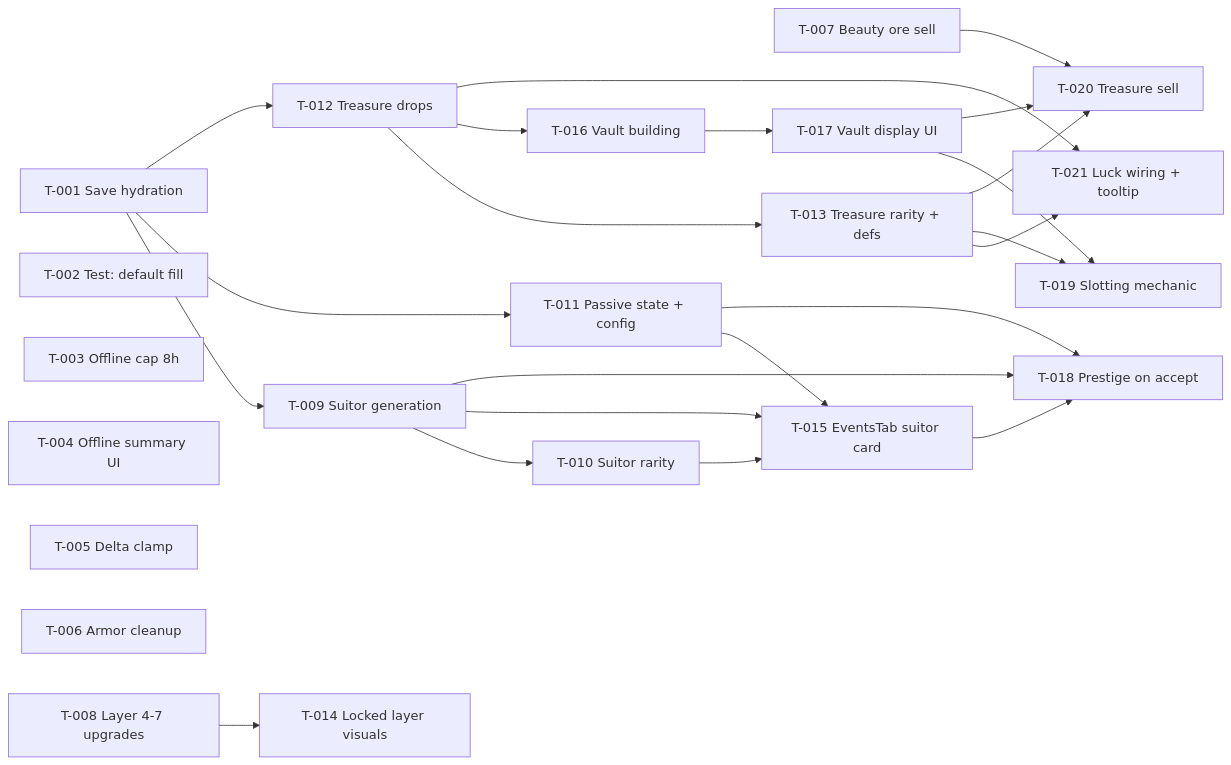
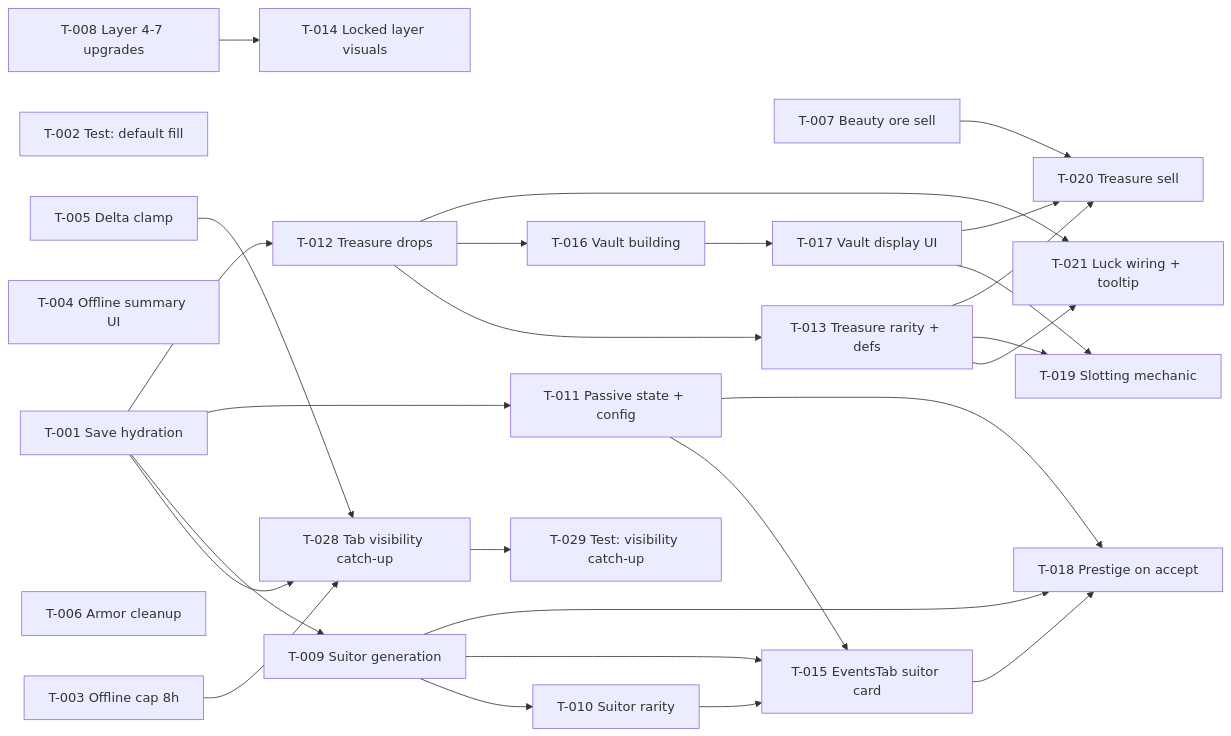
The diagram in context/plans/build-site.md (Jakeplusplus/Idle-game), drawn with Mermaid before and after one commit. The commit also changed other lines of this file and 2 other files, not shown here.

First line of the commit message:
feat: add tab visibility catch-up to save infrastructure kit (R4)

````diff
--- a/context/plans/build-site.md
+++ b/context/plans/build-site.md
@@ -484,46 +494,52 @@
 ```mermaid
 graph LR
     T-001[T-001 Save hydration]
     T-002[T-002 Test: default fill]
     T-003[T-003 Offline cap 8h]
     T-004[T-004 Offline summary UI]
     T-005[T-005 Delta clamp]
     T-006[T-006 Armor cleanup]
     T-007[T-007 Beauty ore sell]
     T-008[T-008 Layer 4-7 upgrades]
     T-009[T-009 Suitor generation]
     T-010[T-010 Suitor rarity]
     T-011[T-011 Passive state + config]
     T-012[T-012 Treasure drops]
     T-013[T-013 Treasure rarity + defs]
     T-014[T-014 Locked layer visuals]
     T-015[T-015 EventsTab suitor card]
     T-016[T-016 Vault building]
     T-017[T-017 Vault display UI]
     T-018[T-018 Prestige on accept]
     T-019[T-019 Slotting mechanic]
     T-020[T-020 Treasure sell]
     T-021[T-021 Luck wiring + tooltip]
+    T-028[T-028 Tab visibility catch-up]
+    T-029[T-029 Test: visibility catch-up]
 
+    T-001 --> T-028
+    T-003 --> T-028
+    T-005 --> T-028
+    T-028 --> T-029
     T-001 --> T-009
     T-001 --> T-011
     T-001 --> T-012
     T-009 --> T-010
     T-009 --> T-015
     T-010 --> T-015
     T-011 --> T-015
     T-009 --> T-018
     T-011 --> T-018
     T-015 --> T-018
     T-012 --> T-013
     T-012 --> T-016
     T-012 --> T-021
     T-013 --> T-021
     T-016 --> T-017
     T-013 --> T-019
     T-017 --> T-019
     T-007 --> T-020
     T-013 --> T-020
     T-017 --> T-020
     T-008 --> T-014
 ```
````
